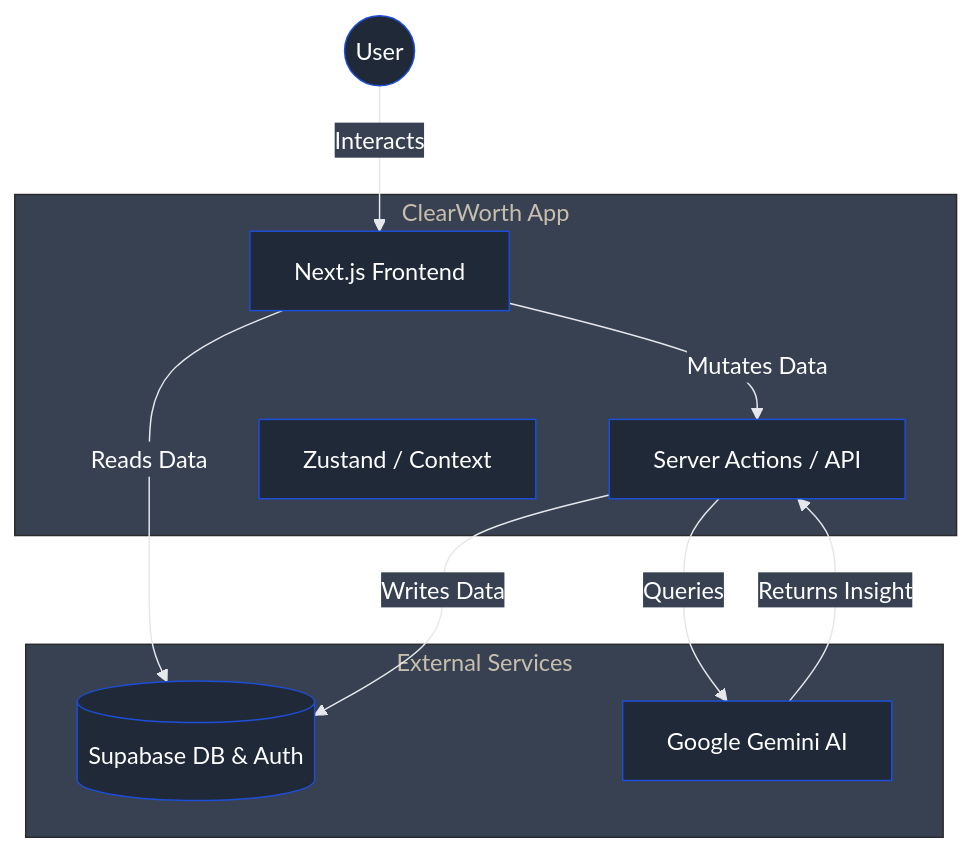
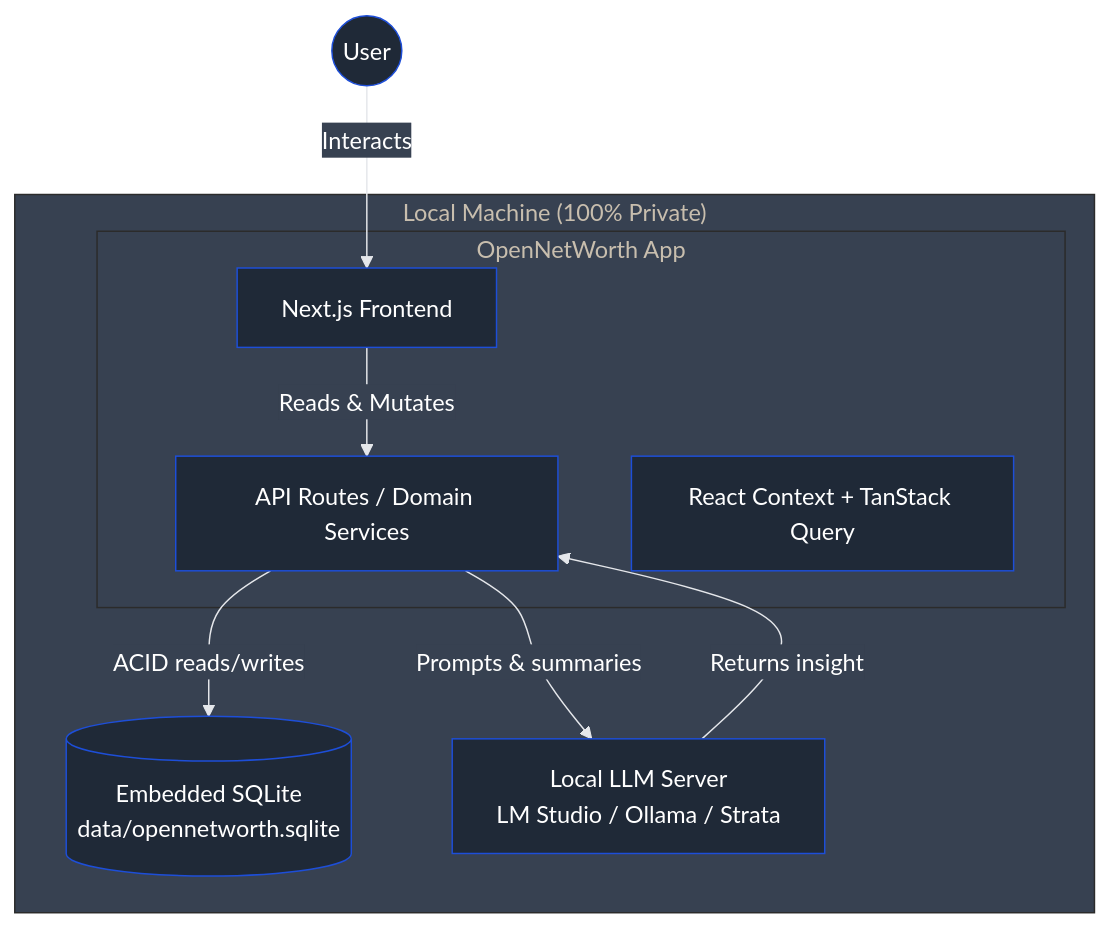
The first of 2 diagrams in PROJECT_MASTERCLASS.md (ricafort/OpenNetWorth), drawn with Mermaid before and after one commit. The commit also changed other lines of this file and 6 other files, not shown here.

````diff
--- a/PROJECT_MASTERCLASS.md
+++ b/PROJECT_MASTERCLASS.md
@@ -20,22 +20,20 @@
 ```mermaid
 %%{init: {'theme': 'base', 'themeVariables': { 'primaryColor': '#2563eb', 'primaryTextColor': '#ffffff', 'primaryBorderColor': '#1d4ed8', 'lineColor': '#e5e7eb', 'textColor': '#ffffff', 'mainBkg': '#1f2937', 'edgeLabelBackground': '#374151', 'tertiaryColor': '#374151'}}}%%
 graph TD
     User((User))
-    subgraph "ClearWorth App"
-        UI[Next.js Frontend]
-        API[Server Actions / API]
-        Store[Zustand / Context]
-    end
-    
-    subgraph "External Services"
-        Supabase[(Supabase DB & Auth)]
-        Gemini[Google Gemini AI]
+    subgraph "Local Machine (100% Private)"
+        subgraph "OpenNetWorth App"
+            UI[Next.js Frontend]
+            API[API Routes / Domain Services]
+            Store[React Context + TanStack Query]
+        end
+        DB[(Embedded SQLite<br/>data/opennetworth.sqlite)]
+        LLM[Local LLM Server<br/>LM Studio / Ollama / Strata]
     end
 
     User -->|Interacts| UI
-    UI -->|Reads Data| Supabase
-    UI -->|Mutates Data| API
-    API -->|Writes Data| Supabase
-    API -->|Queries| Gemini
-    Gemini -->|Returns Insight| API
+    UI -->|Reads & Mutates| API
+    API -->|ACID reads/writes| DB
+    API -->|Prompts & summaries| LLM
+    LLM -->|Returns insight| API
 ```
````
